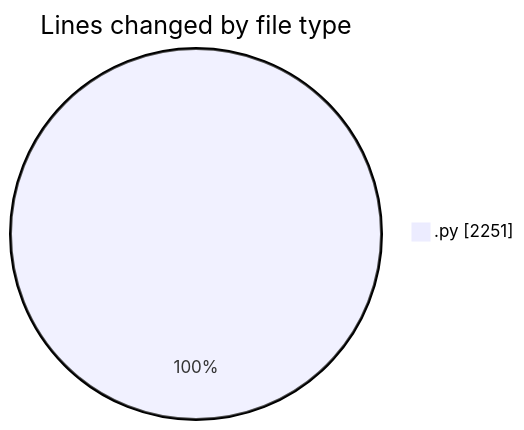
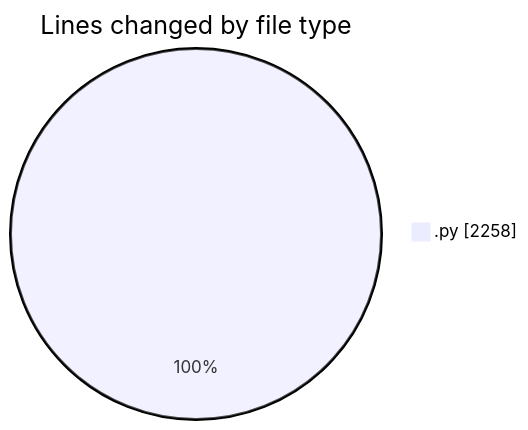
Before and after one commit to julien-gomy/code-tracking: the first of 2 diagrams in 2025-11-21/eventscop-api-guide__workspace_/README.md, drawn with Mermaid. The commit also changed other lines of this file and 1 other file, not shown here.

````diff
--- a/2025-11-21/eventscop-api-guide__workspace_/README.md
+++ b/2025-11-21/eventscop-api-guide__workspace_/README.md
@@ -28,5 +29,5 @@
 ```mermaid
 pie showData
 title Lines changed by file type
-".py" : 2251
+".py" : 2258
 ```
````
